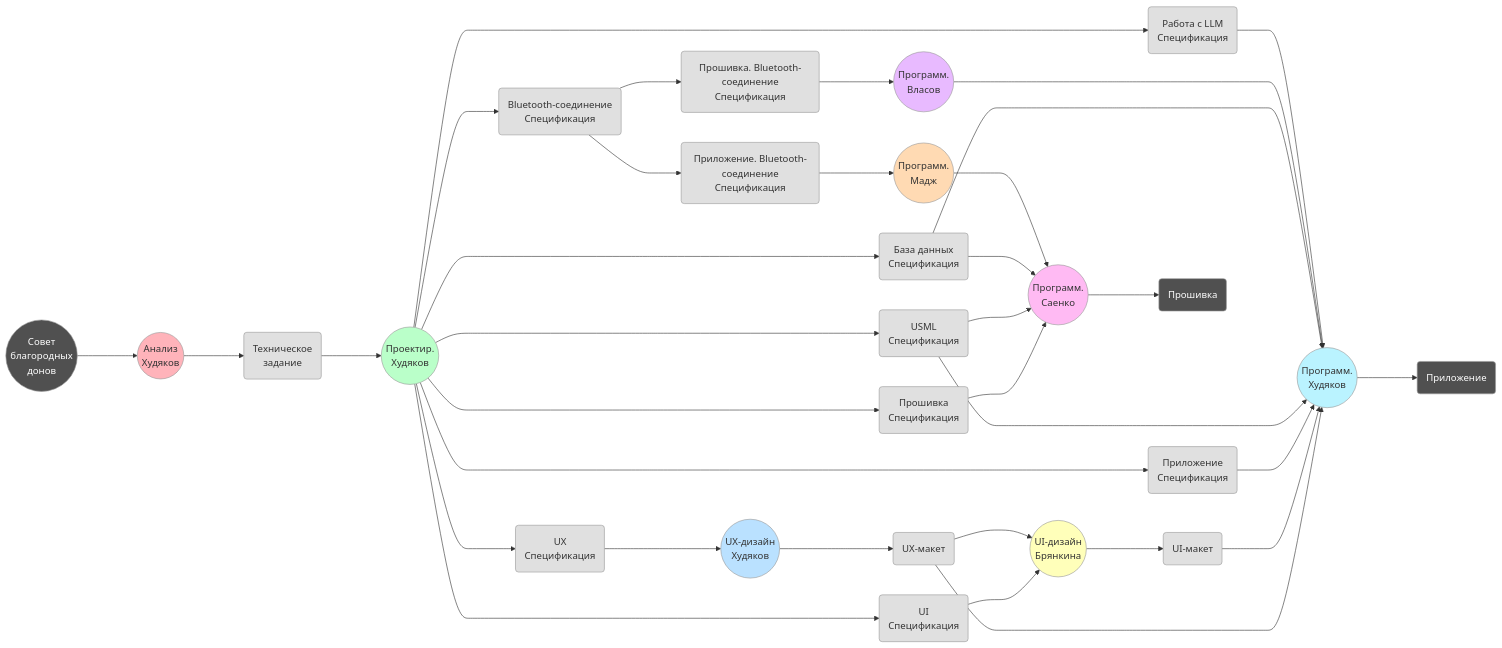
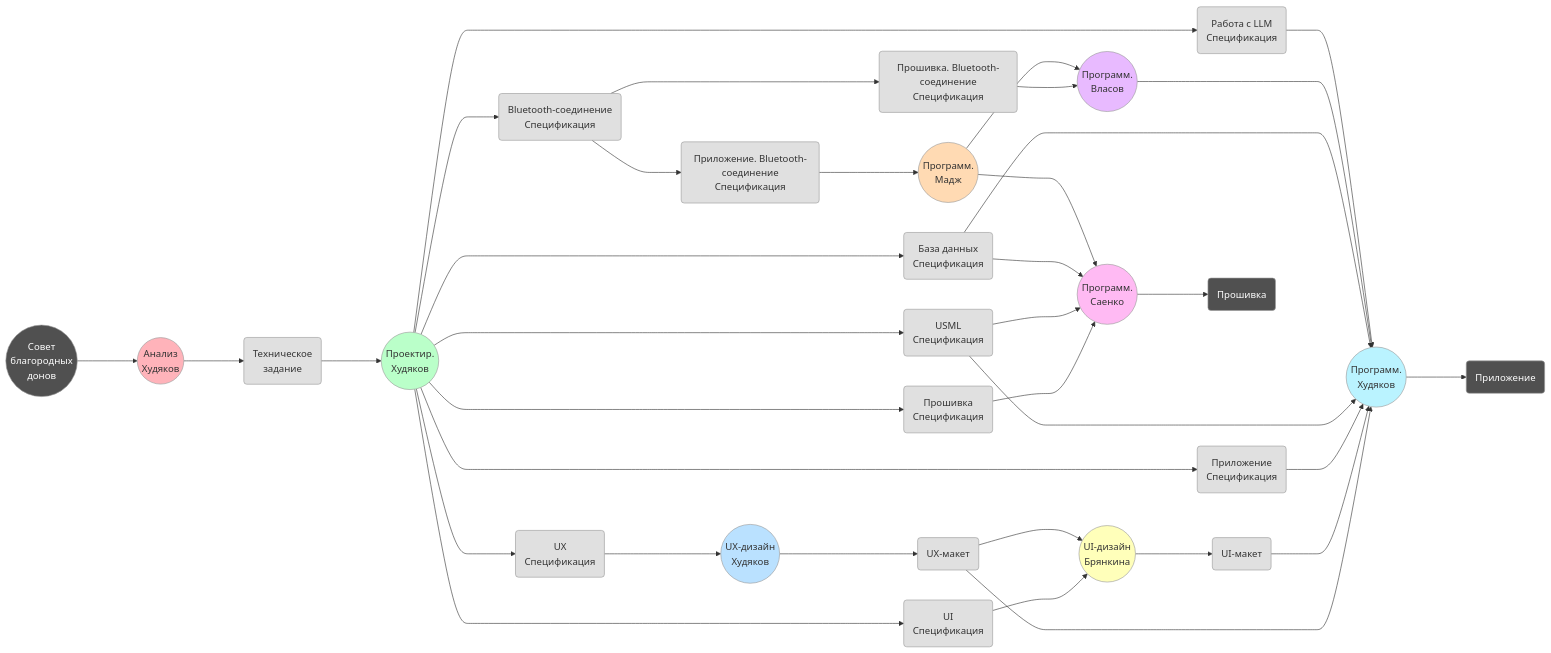
The diagram in Project/process.md (KhudyakovAlex/Synapse), drawn with Mermaid before and after one commit. The commit also changed 7 other files, not shown here.

```diff
--- a/Project/process.md
+++ b/Project/process.md
@@ -51,6 +51,7 @@
     APPB(( Программ.<br>Власов ))
     FWB(( Программ.<br>Мадж ))
 
+    FWB ---> APPB
     UIUX ---> UIUID
 
     UIUID((UI-дизайн<br>Брянкина))
```
